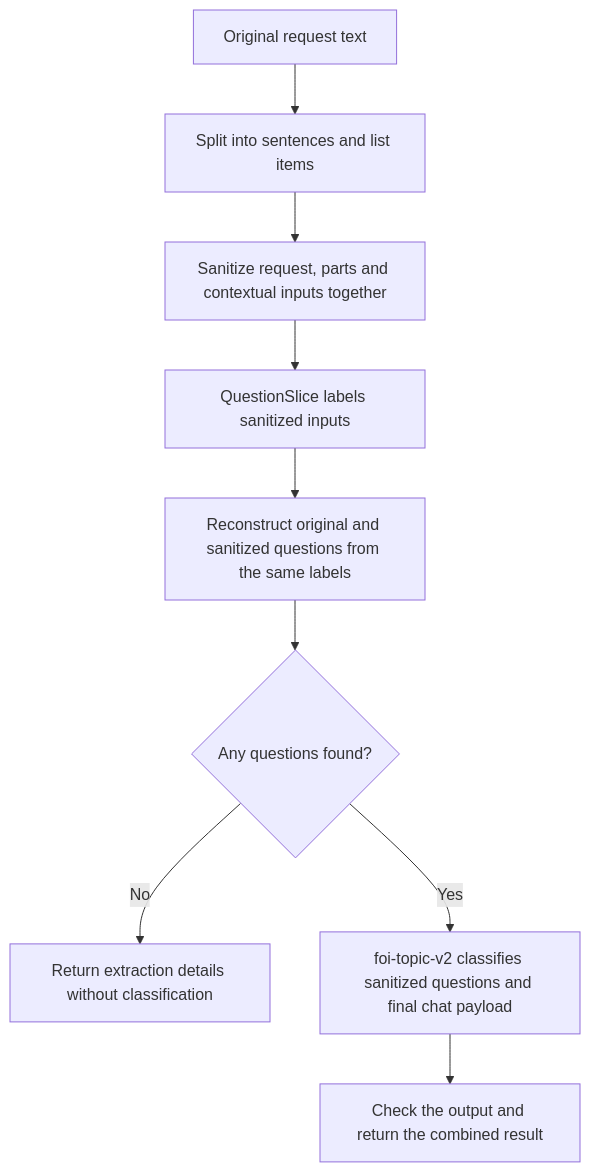
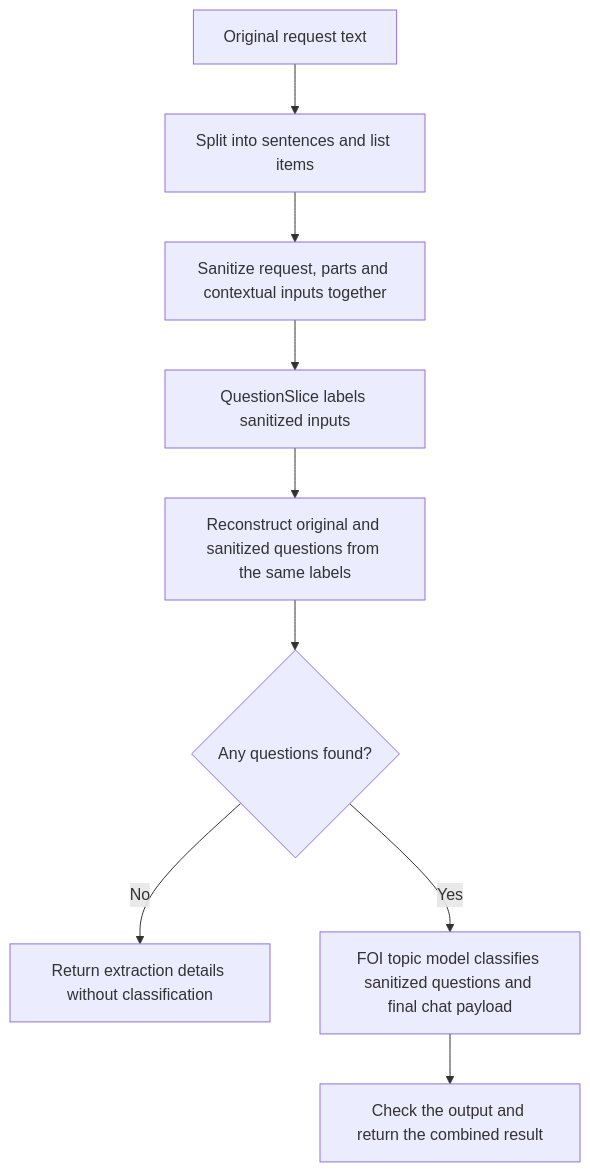
The diagram in docs/foi.md (mysociety/llm-management), drawn with Mermaid before and after one commit. The commit also changed other lines of this file and 12 other files, not shown here.

````diff
--- a/docs/foi.md
+++ b/docs/foi.md
@@ -9,11 +9,11 @@
 ```mermaid
 flowchart TD
     A[Original request text] --> B[Split into sentences and list items]
     B --> S[Sanitize request, parts and contextual inputs together]
     S --> C[QuestionSlice labels sanitized inputs]
     C --> D[Reconstruct original and sanitized questions from the same labels]
     D --> E{Any questions found?}
     E -->|No| F[Return extraction details without classification]
-    E -->|Yes| G[foi-topic-v2 classifies sanitized questions and final chat payload]
+    E -->|Yes| G[FOI topic model classifies sanitized questions and final chat payload]
     G --> H[Check the output and return the combined result]
 ```
````
